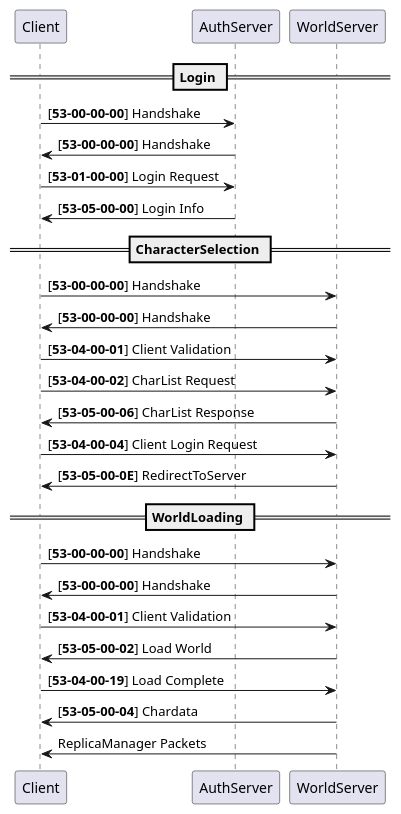
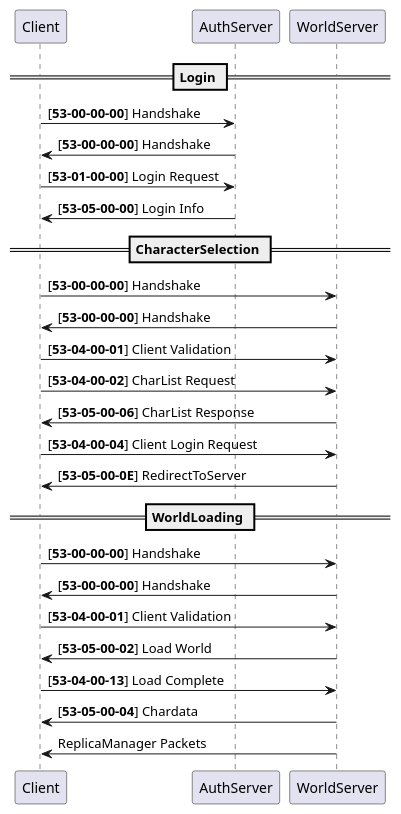
Before and after one commit to LUDevNet/Docs: the diagram in docs/protocols/loading.rst, drawn with PlantUML.

Commit message:
Fix Load Complete
The correct packet header for "Load Complete" is [53-04-00-13]

```diff
--- a/docs/protocols/loading.rst
+++ b/docs/protocols/loading.rst
@@ -8,28 +8,28 @@
 .. uml::
 
    == Login ==
 
    Client -> AuthServer: [<b>53-00-00-00</b>] Handshake
    AuthServer -> Client: [<b>53-00-00-00</b>] Handshake
    Client -> AuthServer: [<b>53-01-00-00</b>] Login Request
    AuthServer -> Client: [<b>53-05-00-00</b>] Login Info
 
    == CharacterSelection ==
 
    Client -> WorldServer: [<b>53-00-00-00</b>] Handshake
    WorldServer -> Client: [<b>53-00-00-00</b>] Handshake
    Client -> WorldServer: [<b>53-04-00-01</b>] Client Validation
    Client -> WorldServer: [<b>53-04-00-02</b>] CharList Request
    WorldServer -> Client: [<b>53-05-00-06</b>] CharList Response
    Client -> WorldServer: [<b>53-04-00-04</b>] Client Login Request
    WorldServer -> Client: [<b>53-05-00-0E</b>] RedirectToServer
 
    == WorldLoading ==
 
    Client -> WorldServer: [<b>53-00-00-00</b>] Handshake
    WorldServer -> Client: [<b>53-00-00-00</b>] Handshake
    Client -> WorldServer: [<b>53-04-00-01</b>] Client Validation
    WorldServer -> Client: [<b>53-05-00-02</b>] Load World
-   Client -> WorldServer: [<b>53-04-00-19</b>] Load Complete
+   Client -> WorldServer: [<b>53-04-00-13</b>] Load Complete
    WorldServer -> Client: [<b>53-05-00-04</b>] Chardata
    WorldServer -> Client: ReplicaManager Packets
```
